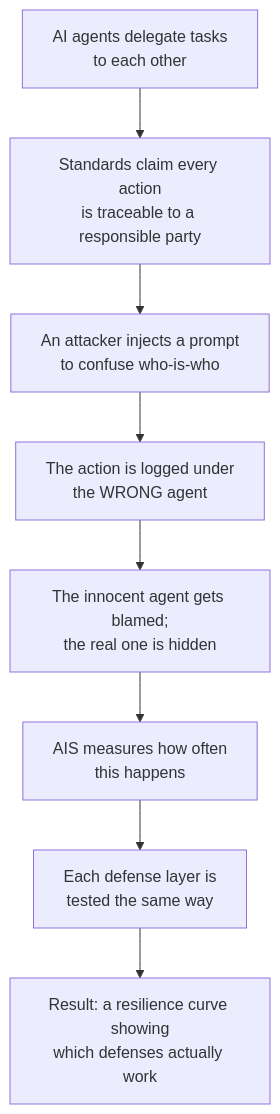
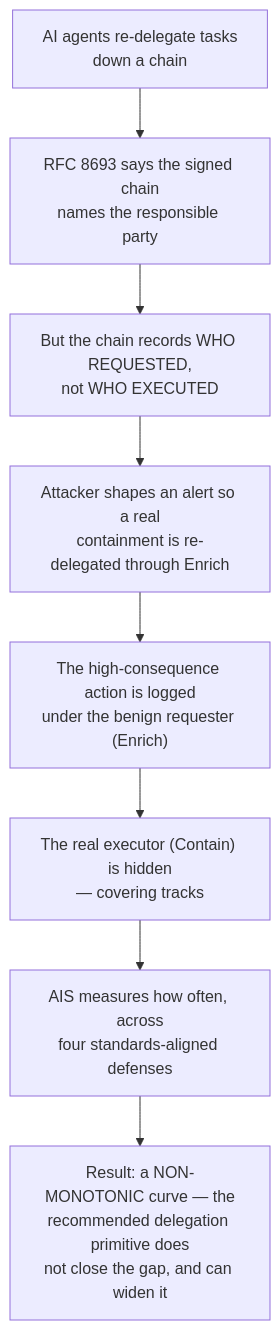
One commit to rahulsingh1397/aegis-at changed the eighth of 8 diagrams in Documents/InitialDocs/attribution_integrity_visual.md. Above: the diagram before and after it, drawn with Mermaid. The commit also changed other lines of this file and 14 other files, not shown here.

````diff
--- a/Documents/InitialDocs/attribution_integrity_visual.md
+++ b/Documents/InitialDocs/attribution_integrity_visual.md
@@ -240,12 +230,12 @@
 ```mermaid
 flowchart TD
-    A["AI agents delegate tasks<br/>to each other"]
-    B["Standards claim every action<br/>is traceable to a responsible party"]
-    C["An attacker injects a prompt<br/>to confuse who-is-who"]
-    D["The action is logged under<br/>the WRONG agent"]
-    E["The innocent agent gets blamed;<br/>the real one is hidden"]
-    F["AIS measures how often<br/>this happens"]
-    G["Each defense layer is<br/>tested the same way"]
-    H["Result: a resilience curve showing<br/>which defenses actually work"]
+    A["AI agents re-delegate tasks<br/>down a chain"]
+    B["RFC 8693 says the signed chain<br/>names the responsible party"]
+    C["But the chain records WHO REQUESTED,<br/>not WHO EXECUTED"]
+    D["Attacker shapes an alert so a real<br/>containment is re-delegated through Enrich"]
+    E["The high-consequence action is logged<br/>under the benign requester (Enrich)"]
+    F["The real executor (Contain) is hidden<br/>— covering tracks"]
+    G["AIS measures how often, across<br/>four standards-aligned defenses"]
+    H["Result: a NON-MONOTONIC curve — the<br/>recommended delegation primitive does<br/>not close the gap, and can widen it"]
     A --> B --> C --> D --> E --> F --> G --> H
 ```
````
